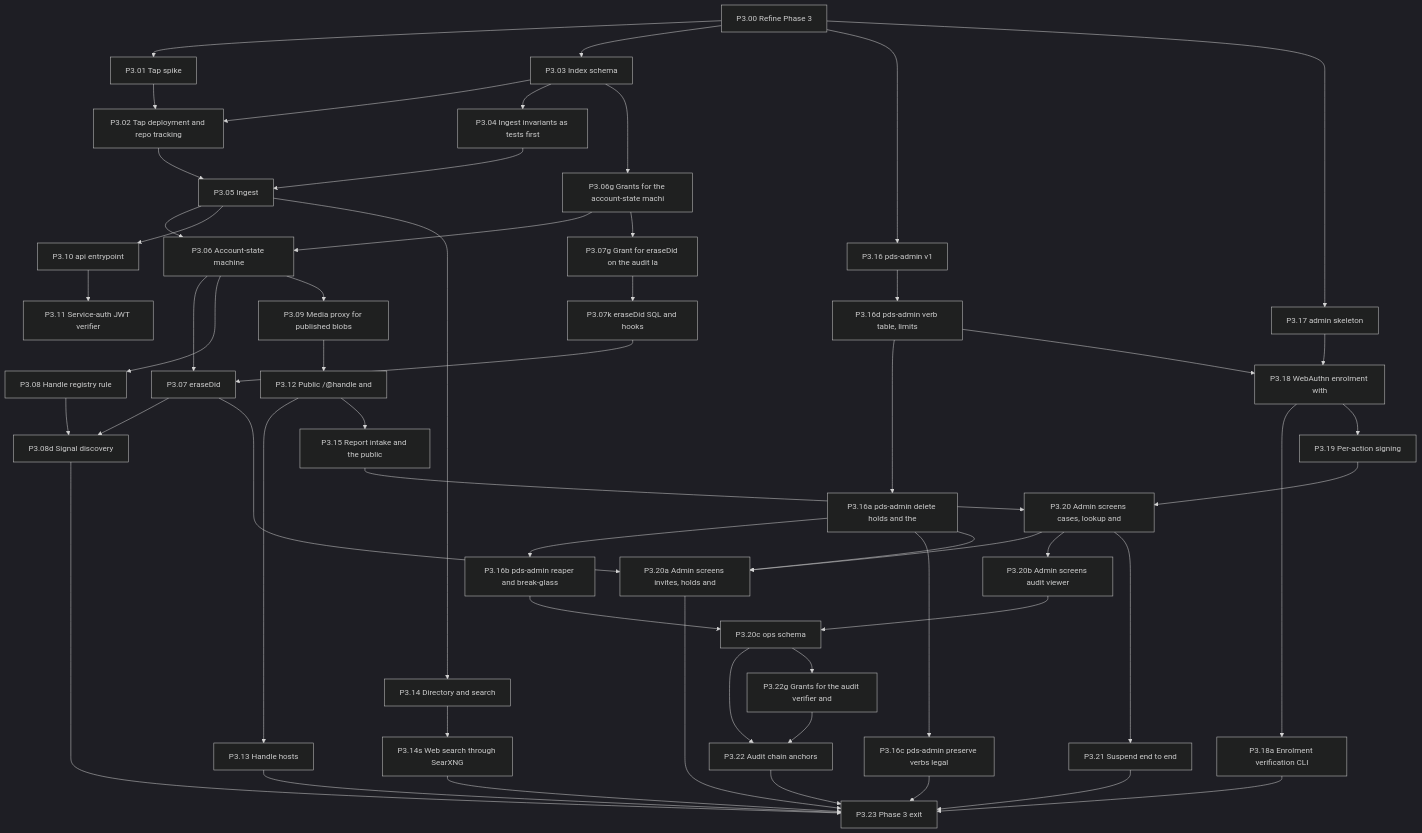
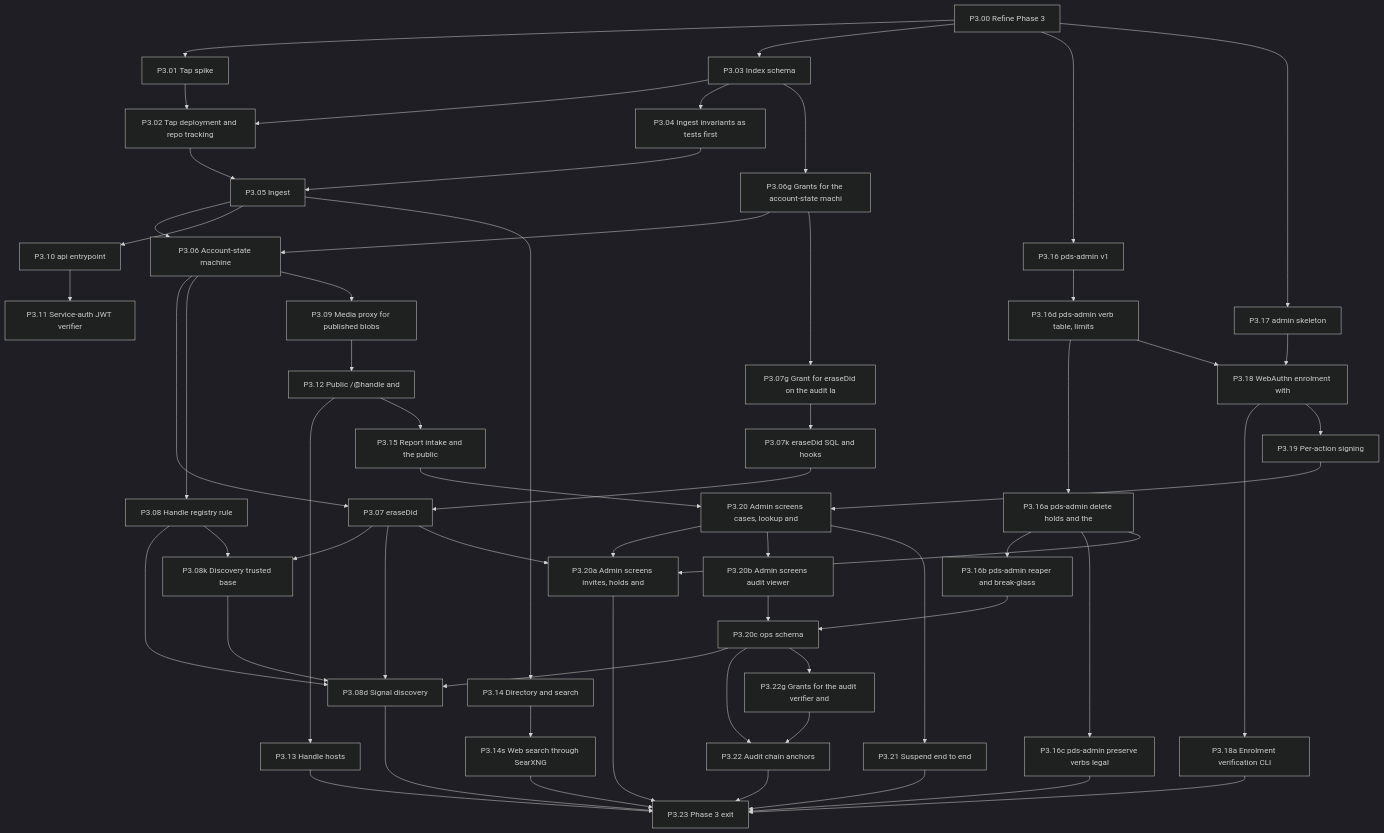
The sixth of 11 diagrams in docs/ai/book/01-outline.md (Undefined6799/unset), drawn with Mermaid (dark theme) before and after one commit. The commit also changed other lines of this file and 3 other files, not shown here.

First line of the commit message:
P0.09 Split discovery trusted base and keep it off

```diff
--- a/docs/ai/book/01-outline.md
+++ b/docs/ai/book/01-outline.md
@@ -1678,6 +1679,7 @@
   P3_07k["P3.07k eraseDid SQL and hooks"]
   P3_07g["P3.07g Grant for eraseDid on the audit la"]
   P3_08["P3.08 Handle registry rule"]
+  P3_08k["P3.08k Discovery trusted base"]
   P3_08d["P3.08d Signal discovery"]
   P3_09["P3.09 Media proxy for published blobs"]
   P3_10["P3.10 api entrypoint"]
@@ -1715,6 +1717,10 @@
   P3_06 --> P3_07
   P3_06 --> P3_08
   P3_08 --> P3_08d
+  P3_08 --> P3_08k
+  P3_07 --> P3_08k
+  P3_08k --> P3_08d
+  P3_20c --> P3_08d
   P3_07 --> P3_08d
   P3_08d --> P3_23
   P3_06 --> P3_09
```
